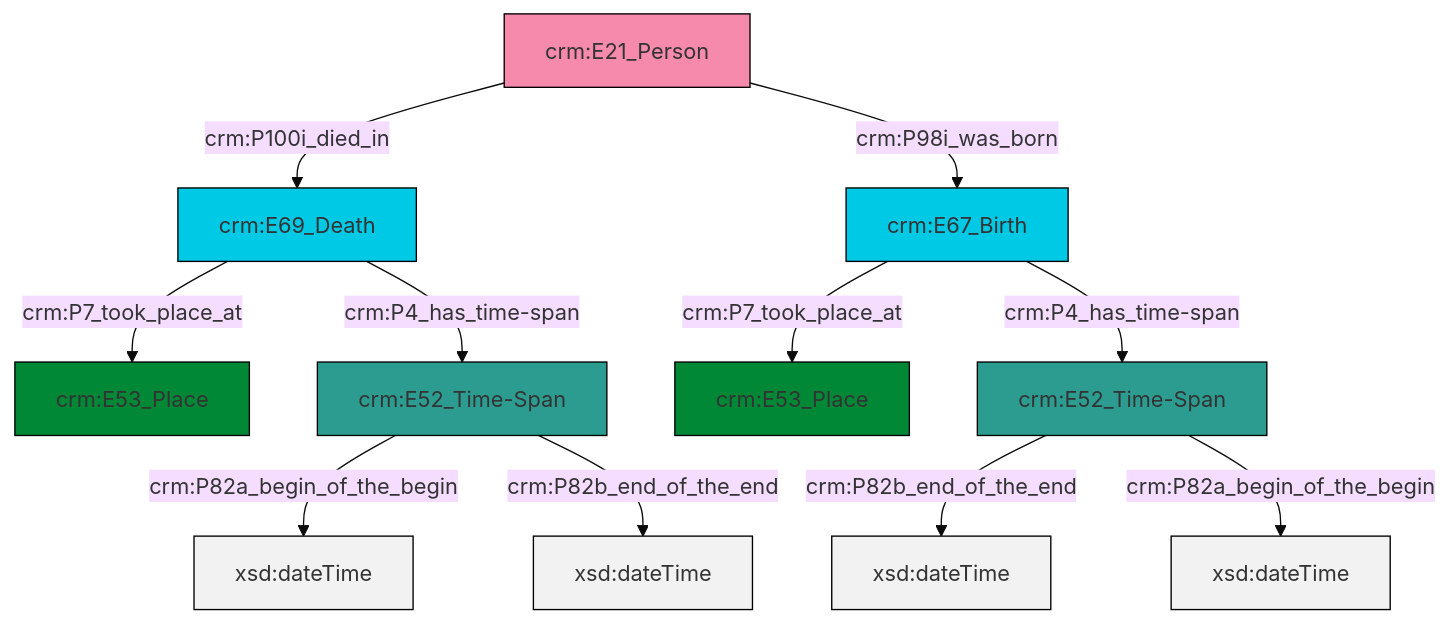
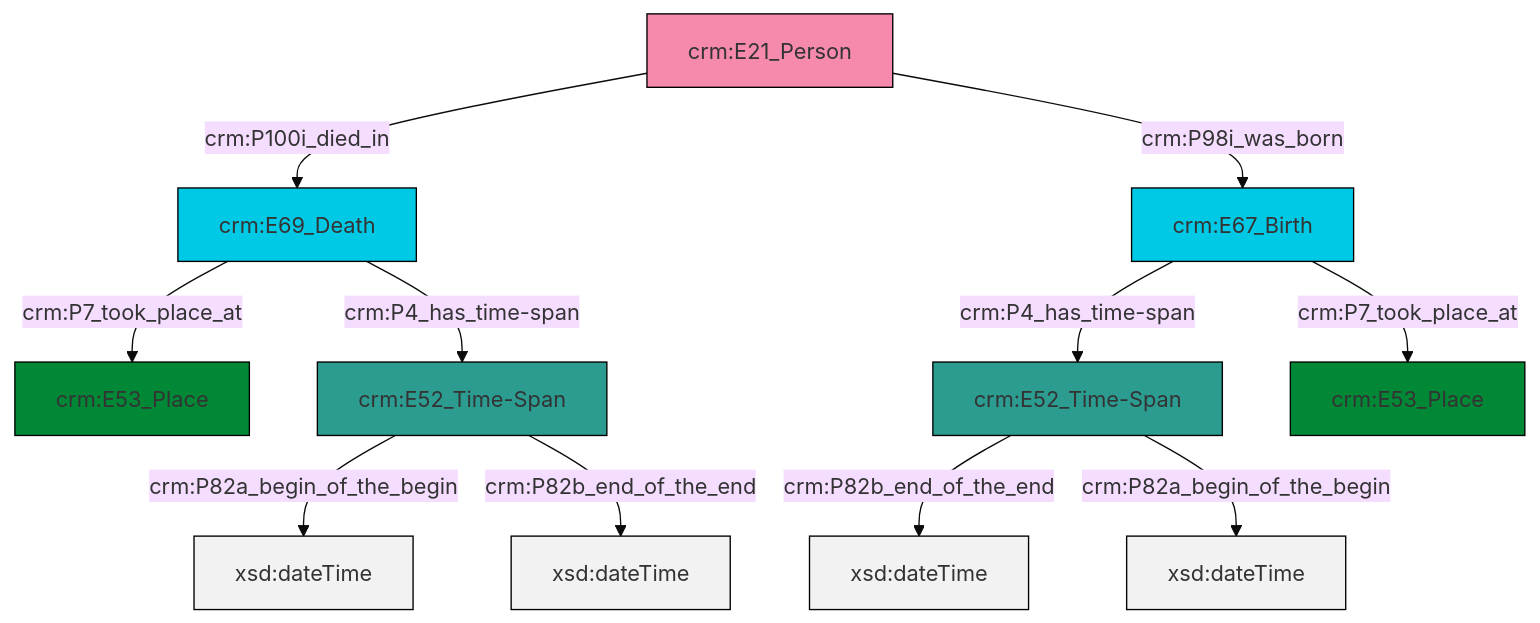
Before and after one commit to swiss-art-research-net/reference-data-models: the diagram in et/personCSV/ttl/mmd/Person_Existence.ttl.mmd, drawn with Mermaid (base theme). The commit also changed 125 other files, not shown here.

```diff
--- a/et/personCSV/ttl/mmd/Person_Existence.ttl.mmd
+++ b/et/personCSV/ttl/mmd/Person_Existence.ttl.mmd
@@ -1,25 +1,25 @@
 graph TD
 classDef Literal fill:#f2f2f2,stroke:#000000;
 classDef CRM_Entity fill:#FFFFFF,stroke:#000000;
 classDef Temporal_Entity fill:#00C9E6, stroke:#000000;
 classDef Type fill:#E18312, stroke:#000000;
 classDef Time-Span fill:#2C9C91, stroke:#000000;
 classDef Appellation fill:#FFEB7F, stroke:#000000;
 classDef Place fill:#008836, stroke:#000000;
 classDef Persistent_Item fill:#B266B2, stroke:#000000;
 classDef Conceptual_Object fill:#FFD700, stroke:#000000;
 classDef Physical_Thing fill:#D2B48C, stroke:#000000;
 classDef Actor fill:#f58aad, stroke:#000000;
 classDef PC_Classes fill:#4ce600, stroke:#000000;
 classDef Multi fill:#cccccc,stroke:#000000;
 
-2["crm:E52_Time-Span"]:::Time-Span -->|crm:P82b_end_of_the_end| 4[xsd:dateTime]:::Literal
-2["crm:E52_Time-Span"]:::Time-Span -->|crm:P82a_begin_of_the_begin| 5[xsd:dateTime]:::Literal
-6["crm:E67_Birth"]:::Temporal_Entity -->|crm:P7_took_place_at| 7["crm:E53_Place"]:::Place
-8["crm:E52_Time-Span"]:::Time-Span -->|crm:P82a_begin_of_the_begin| 9[xsd:dateTime]:::Literal
-8["crm:E52_Time-Span"]:::Time-Span -->|crm:P82b_end_of_the_end| 12[xsd:dateTime]:::Literal
-6["crm:E67_Birth"]:::Temporal_Entity -->|crm:P4_has_time-span| 2["crm:E52_Time-Span"]:::Time-Span
-13["crm:E69_Death"]:::Temporal_Entity -->|crm:P4_has_time-span| 8["crm:E52_Time-Span"]:::Time-Span
-10["crm:E21_Person"]:::Actor -->|crm:P100i_died_in| 13["crm:E69_Death"]:::Temporal_Entity
-10["crm:E21_Person"]:::Actor -->|crm:P98i_was_born| 6["crm:E67_Birth"]:::Temporal_Entity
-13["crm:E69_Death"]:::Temporal_Entity -->|crm:P7_took_place_at| 0["crm:E53_Place"]:::Place
+2["crm:E69_Death"]:::Temporal_Entity -->|crm:P7_took_place_at| 3["crm:E53_Place"]:::Place
+4["crm:E21_Person"]:::Actor -->|crm:P100i_died_in| 2["crm:E69_Death"]:::Temporal_Entity
+7["crm:E52_Time-Span"]:::Time-Span -->|crm:P82a_begin_of_the_begin| 9[xsd:dateTime]:::Literal
+10["crm:E52_Time-Span"]:::Time-Span -->|crm:P82b_end_of_the_end| 11[xsd:dateTime]:::Literal
+2["crm:E69_Death"]:::Temporal_Entity -->|crm:P4_has_time-span| 7["crm:E52_Time-Span"]:::Time-Span
+10["crm:E52_Time-Span"]:::Time-Span -->|crm:P82a_begin_of_the_begin| 13[xsd:dateTime]:::Literal
+0["crm:E67_Birth"]:::Temporal_Entity -->|crm:P7_took_place_at| 14["crm:E53_Place"]:::Place
+4["crm:E21_Person"]:::Actor -->|crm:P98i_was_born| 0["crm:E67_Birth"]:::Temporal_Entity
+7["crm:E52_Time-Span"]:::Time-Span -->|crm:P82b_end_of_the_end| 17[xsd:dateTime]:::Literal
+0["crm:E67_Birth"]:::Temporal_Entity -->|crm:P4_has_time-span| 10["crm:E52_Time-Span"]:::Time-Span
```
